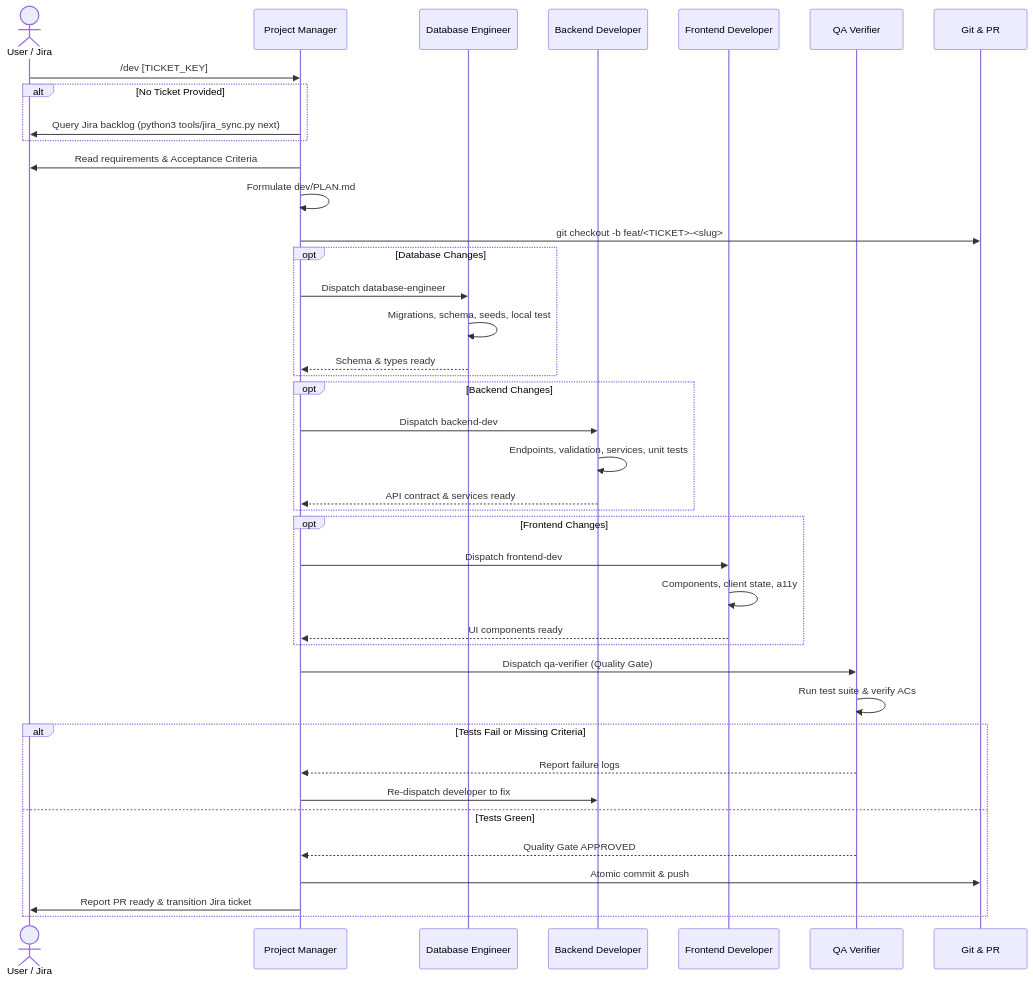
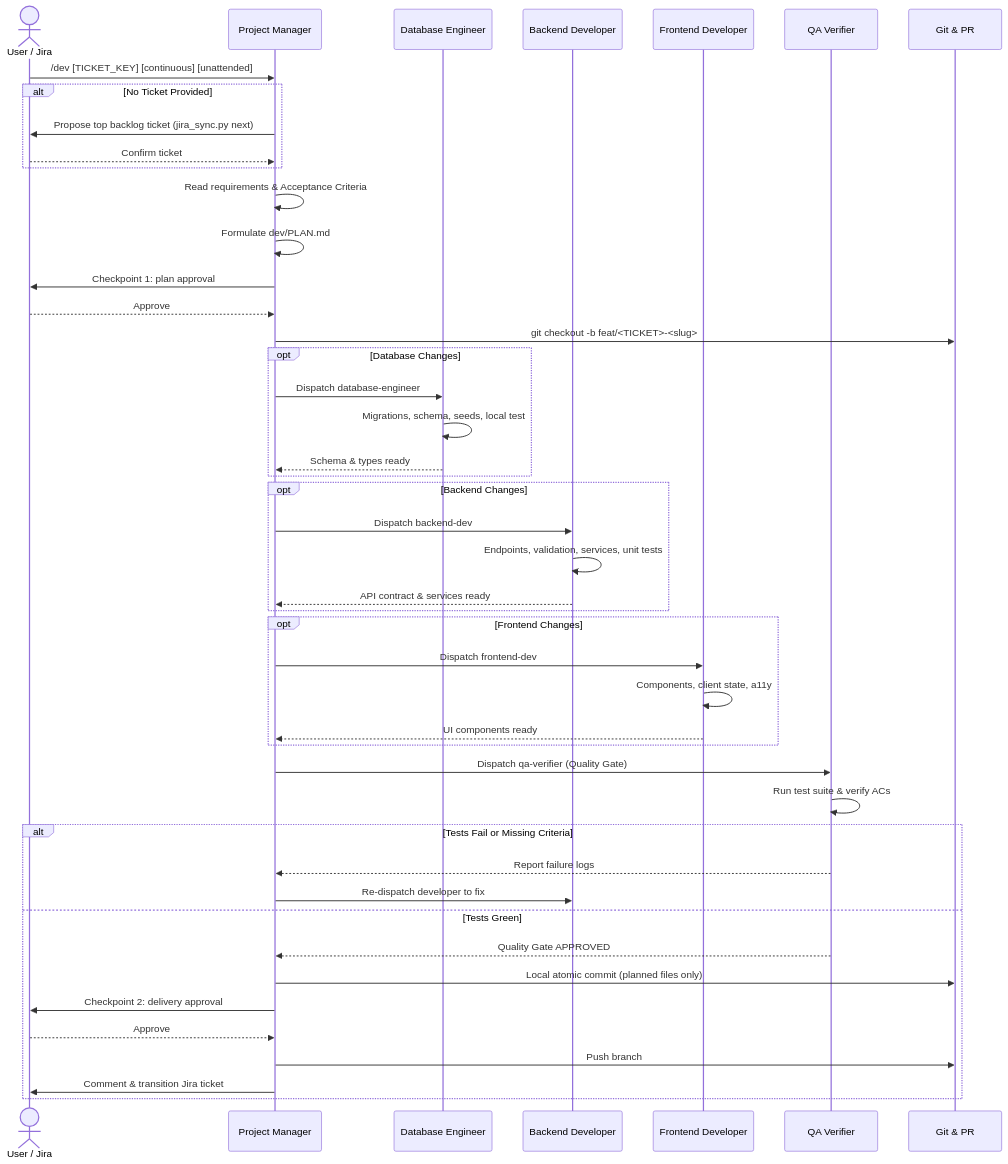
The diagram in RUN.md (victorfigueira/dev-kit), drawn with Mermaid before and after one commit. The commit also changed other lines of this file and 11 other files, not shown here.

First line of the commit message:
v0.6.0: add plan and delivery approval checkpoints

````diff
--- a/RUN.md
+++ b/RUN.md
@@ -9,43 +30,49 @@
 ```mermaid
 sequenceDiagram
     actor U as User / Jira
     participant PM as Project Manager
     participant DB as Database Engineer
     participant BE as Backend Developer
     participant FE as Frontend Developer
     participant QA as QA Verifier
     participant G as Git & PR
 
-    U->>PM: /dev [TICKET_KEY]
+    U->>PM: /dev [TICKET_KEY] [continuous] [unattended]
     alt No Ticket Provided
-        PM->>U: Query Jira backlog (python3 tools/jira_sync.py next)
+        PM->>U: Propose top backlog ticket (jira_sync.py next)
+        U-->>PM: Confirm ticket
     end
-    PM->>U: Read requirements & Acceptance Criteria
+    PM->>PM: Read requirements & Acceptance Criteria
     PM->>PM: Formulate dev/PLAN.md
+    PM->>U: Checkpoint 1: plan approval
+    U-->>PM: Approve
     PM->>G: git checkout -b feat/<TICKET>-<slug>
     opt Database Changes
         PM->>DB: Dispatch database-engineer
         DB->>DB: Migrations, schema, seeds, local test
         DB-->>PM: Schema & types ready
     end
     opt Backend Changes
         PM->>BE: Dispatch backend-dev
         BE->>BE: Endpoints, validation, services, unit tests
         BE-->>PM: API contract & services ready
     end
     opt Frontend Changes
         PM->>FE: Dispatch frontend-dev
         FE->>FE: Components, client state, a11y
         FE-->>PM: UI components ready
     end
     PM->>QA: Dispatch qa-verifier (Quality Gate)
     QA->>QA: Run test suite & verify ACs
     alt Tests Fail or Missing Criteria
         QA-->>PM: Report failure logs
         PM->>BE: Re-dispatch developer to fix
     else Tests Green
         QA-->>PM: Quality Gate APPROVED
-        PM->>G: Atomic commit & push
-        PM->>U: Report PR ready & transition Jira ticket
+        PM->>G: Local atomic commit (planned files only)
+        PM->>U: Checkpoint 2: delivery approval
+        U-->>PM: Approve
+        PM->>G: Push branch
+        PM->>U: Comment & transition Jira ticket
     end
 ```
````
